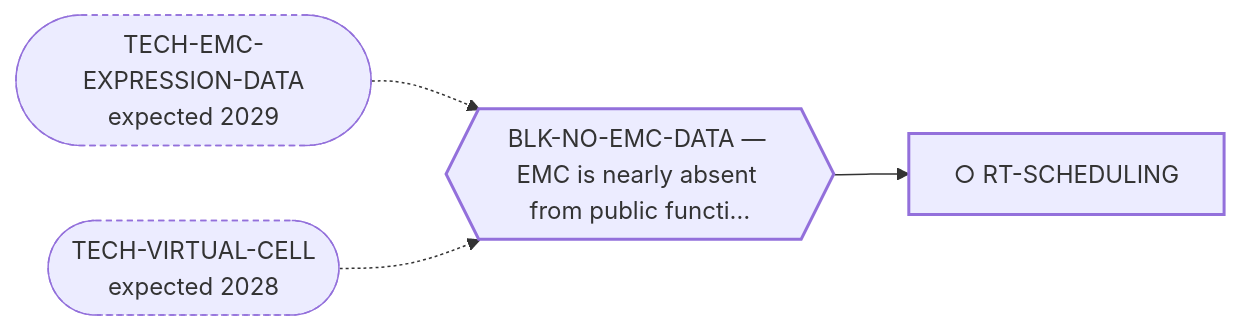
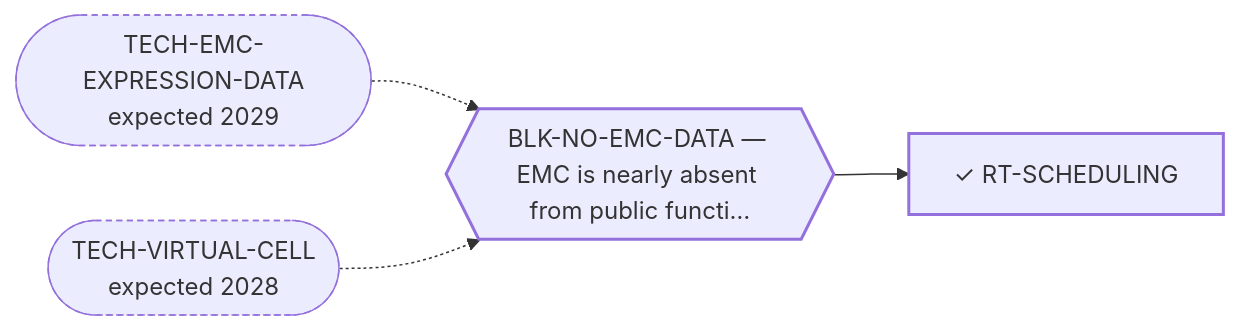
Before and after one commit to trimcrae/Rare-cancers: the diagram in systems/views/L2-rt-scheduling.md, drawn with Mermaid. The commit also changed other lines of this file and 12 other files, not shown here.

````diff
--- a/systems/views/L2-rt-scheduling.md
+++ b/systems/views/L2-rt-scheduling.md
@@ -27,14 +27,14 @@
 ```mermaid
 flowchart LR
-  RT_SCHEDULING["○ RT-SCHEDULING"]:::fam
+  RT_SCHEDULING["✓ RT-SCHEDULING"]:::fam
   BLK_NO_EMC_DATA{{"BLK-NO-EMC-DATA — EMC is nearly absent from public functi…"}}:::blk
   BLK_NO_EMC_DATA --> RT_SCHEDULING
   TECH_EMC_EXPRESSION_DATA(["TECH-EMC-EXPRESSION-DATA<br/>expected 2029"]):::tech
   TECH_EMC_EXPRESSION_DATA -.-> BLK_NO_EMC_DATA
   TECH_VIRTUAL_CELL(["TECH-VIRTUAL-CELL<br/>expected 2028"]):::tech
   TECH_VIRTUAL_CELL -.-> BLK_NO_EMC_DATA
   classDef fam stroke-width:2px;
   classDef blk stroke-width:2px;
   classDef perm stroke-width:4px;
   classDef tech stroke-width:1px,stroke-dasharray:4 3;
 ```
````
